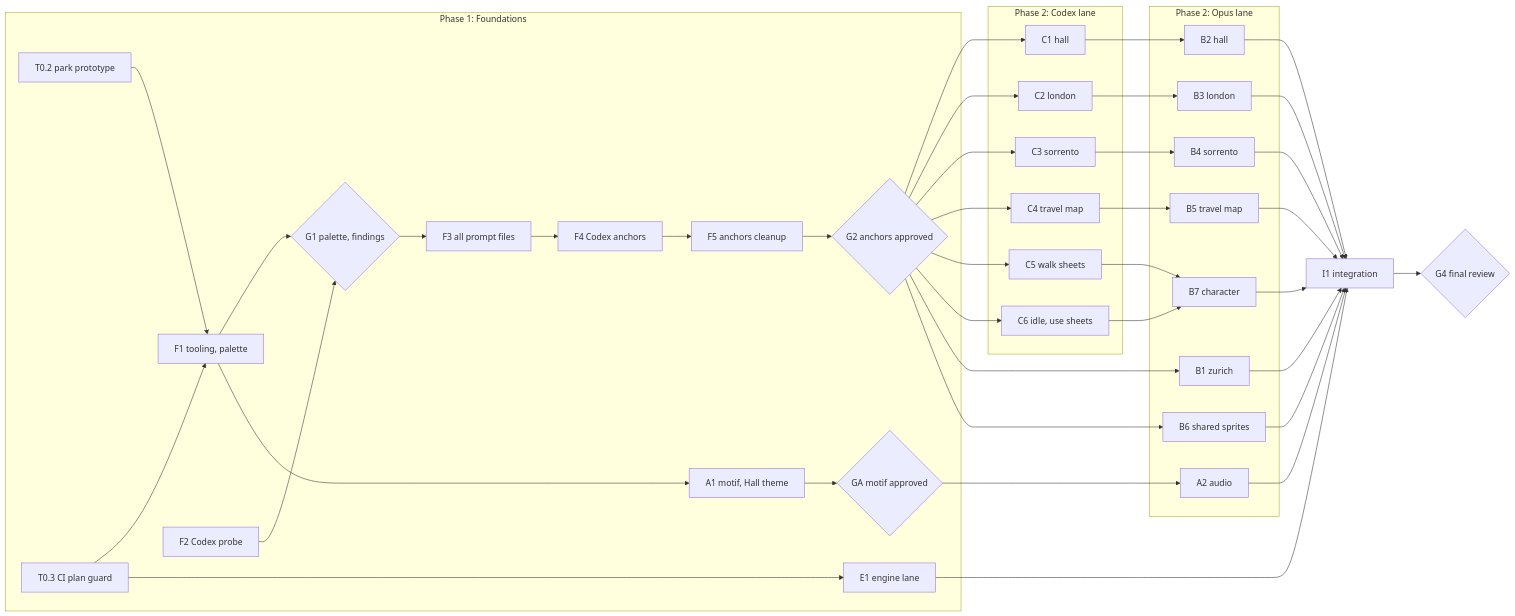
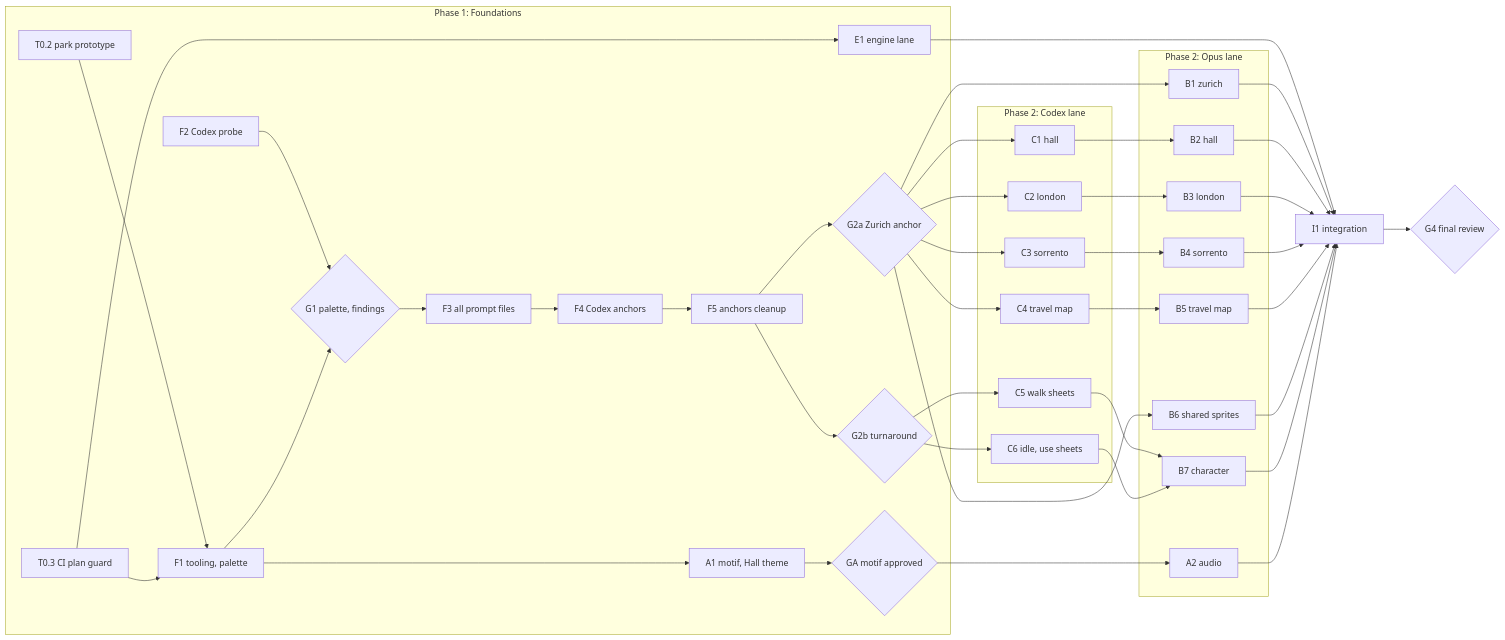
Before and after one commit to floroz/retro-game-portfolio: the diagram in docs/art-spec.md, drawn with Mermaid. The commit also changed other lines of this file, not shown here.

````diff
--- a/docs/art-spec.md
+++ b/docs/art-spec.md
@@ -450,46 +452,48 @@
 ```mermaid
 flowchart LR
   subgraph P1[Phase 1: Foundations]
     T02[T0.2 park prototype] --> F1[F1 tooling, palette]
     T03[T0.3 CI plan guard] --> F1
     T03 --> E1
     F2[F2 Codex probe] --> G1{G1 palette, findings}
     F1 --> G1
     G1 --> F3[F3 all prompt files]
     F3 --> F4[F4 Codex anchors]
     F4 --> F5[F5 anchors cleanup]
-    F5 --> G2{G2 anchors approved}
+    F5 --> G2a{G2a Zurich anchor}
+    F5 --> G2b{G2b turnaround}
     F1 --> A1[A1 motif, Hall theme]
     A1 --> GA{GA motif approved}
   end
   subgraph CX[Phase 2: Codex lane]
     C1[C1 hall]
     C2[C2 london]
     C3[C3 sorrento]
     C4[C4 travel map]
     C5[C5 walk sheets]
     C6[C6 idle, use sheets]
   end
   subgraph OP[Phase 2: Opus lane]
     B1[B1 zurich]
     B2[B2 hall]
     B3[B3 london]
     B4[B4 sorrento]
     B5[B5 travel map]
     B6[B6 shared sprites]
     B7[B7 character]
     A2[A2 audio]
   end
-  G2 --> C1 & C2 & C3 & C4 & C5 & C6
-  G2 --> B1 & B6
+  G2a --> C1 & C2 & C3 & C4
+  G2b --> C5 & C6
+  G2a --> B1 & B6
   C1 --> B2
   C2 --> B3
   C3 --> B4
   C4 --> B5
   C5 --> B7
   C6 --> B7
   GA --> A2
   E1[E1 engine lane] --> I1
   B1 & B2 & B3 & B4 & B5 & B6 & B7 & A2 --> I1[I1 integration]
   I1 --> G4{G4 final review}
 ```
````
